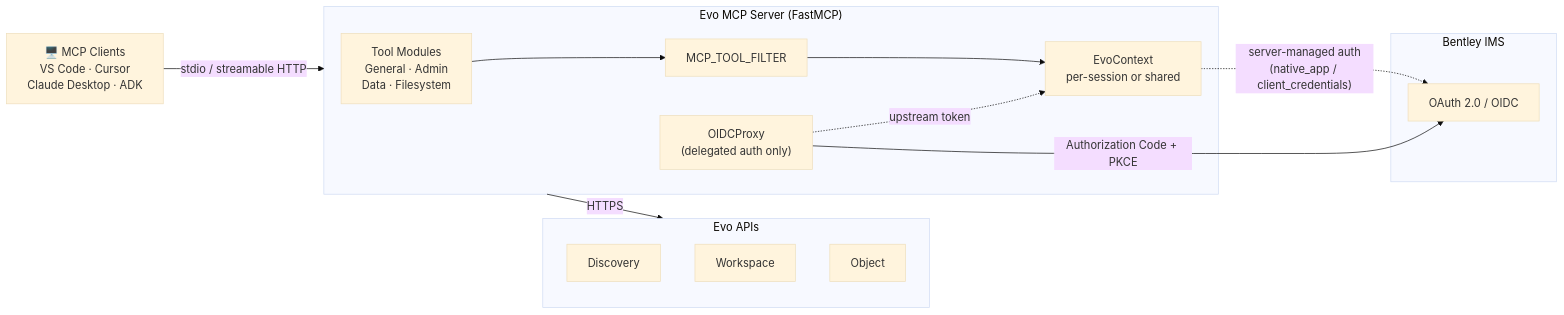
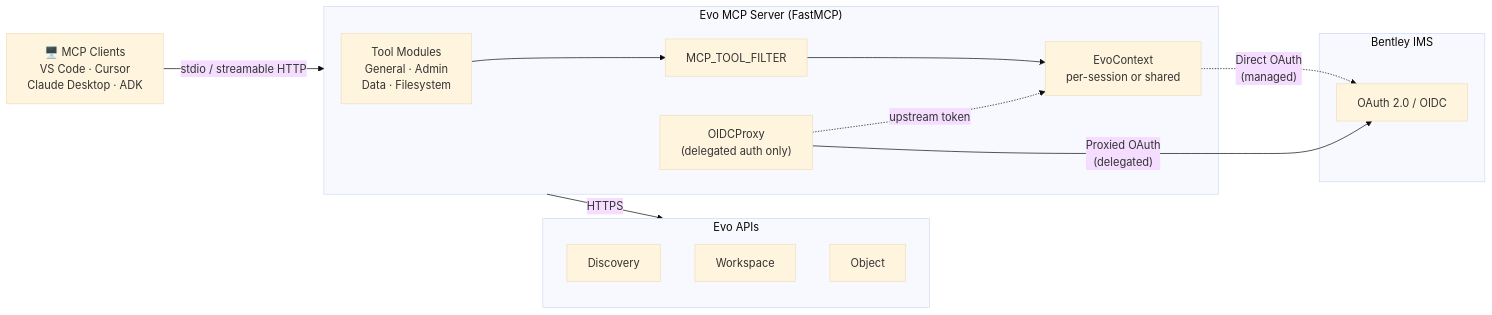
The diagram in README.md (SeequentEvo/evo-mcp), drawn with Mermaid (base theme) before and after one commit. The commit also changed 2 other files, not shown here.

Commit message:
Clarify around PKCE vs direct/proxied auth

````diff
--- a/README.md
+++ b/README.md
@@ -60,28 +60,28 @@
 ```mermaid
 flowchart LR
     Clients["🖥️ MCP Clients<br/>VS Code · Cursor<br/>Claude Desktop · ADK"]
     Clients -- "stdio / streamable HTTP" --> Server
     Server -- HTTPS --> APIs
 
     subgraph Server["Evo MCP Server (FastMCP)"]
         Tools["Tool Modules<br/>General · Admin<br/>Data · Filesystem"]
         Filter[MCP_TOOL_FILTER]
         Context[EvoContext<br/>per-session or shared]
         Proxy["OIDCProxy<br/>(delegated auth only)"]
         Tools --> Filter --> Context
         Proxy -. "upstream token" .-> Context
     end
 
     subgraph IMS["Bentley IMS"]
         OIDC[OAuth 2.0 / OIDC]
     end
 
     subgraph APIs[Evo APIs]
         Discovery[Discovery]
         Workspace[Workspace]
         Object[Object]
     end
 
-    Proxy -- "Authorization Code + PKCE" --> OIDC
-    Context -. "server-managed auth<br/>(native_app / client_credentials)" .-> OIDC
+    Proxy -- "Proxied OAuth<br/>(delegated)" --> OIDC
+    Context -. "Direct OAuth<br/>(managed)" .-> OIDC
 ```
````
